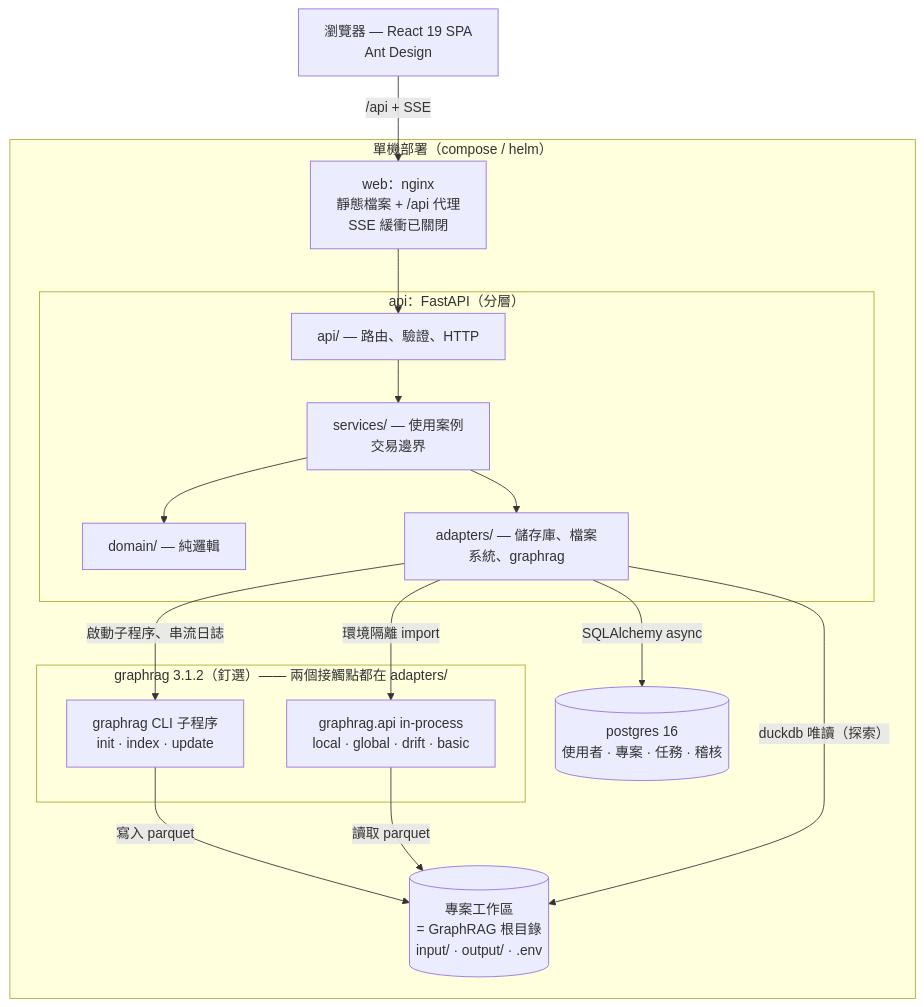
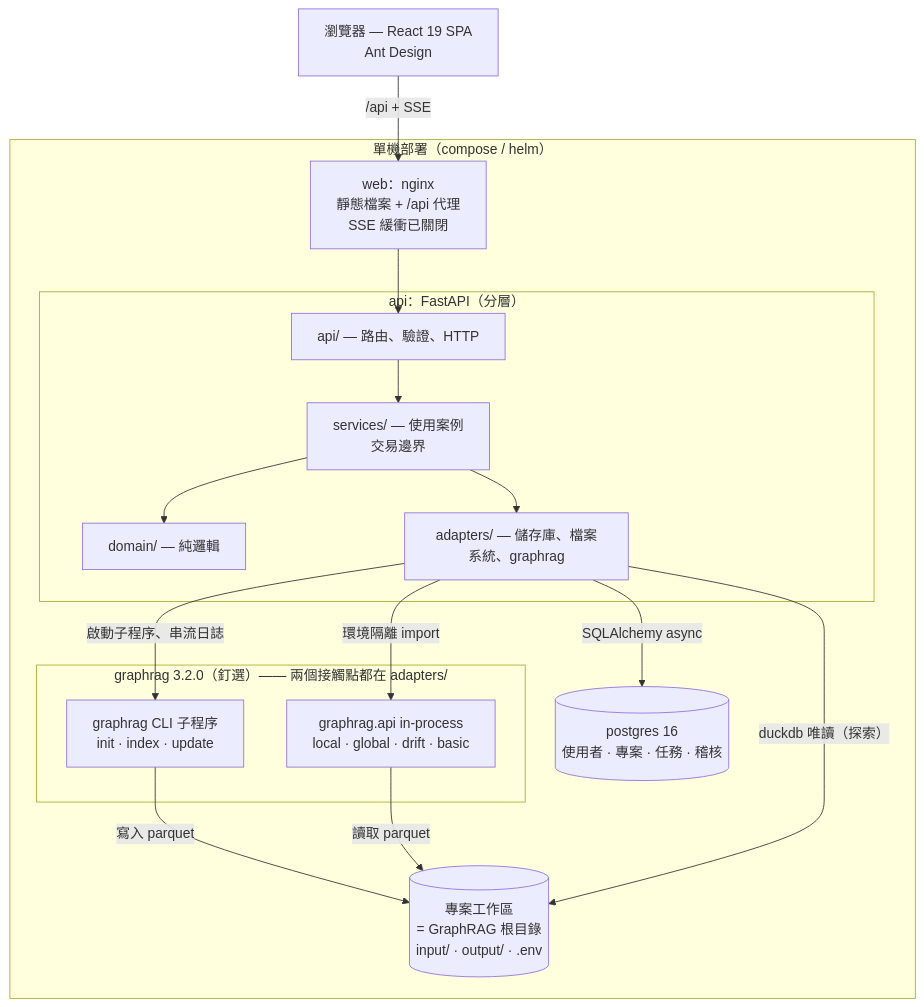
One commit to kehao-playground/graphrag-web-ui changed the first of 3 diagrams in docs/zh-TW/README.md. Above: the diagram before and after it, drawn with Mermaid. The commit also changed other lines of this file and 7 other files, not shown here.

First line of the commit message:
build(deps): bump graphrag to 3.2.0

````diff
--- a/docs/zh-TW/README.md
+++ b/docs/zh-TW/README.md
@@ -44,25 +44,25 @@
 ```mermaid
 graph TB
     B["瀏覽器 — React 19 SPA<br/>Ant Design"] -->|"/api + SSE"| N
     subgraph stack["單機部署（compose / helm）"]
         N["web：nginx<br/>靜態檔案 + /api 代理<br/>SSE 緩衝已關閉"]
         subgraph API["api：FastAPI（分層）"]
             L1["api/ — 路由、驗證、HTTP"] --> L2["services/ — 使用案例<br/>交易邊界"]
             L2 --> L3["domain/ — 純邏輯"]
             L2 --> L4["adapters/ — 儲存庫、檔案系統、graphrag"]
         end
         PG[("postgres 16<br/>使用者 · 專案 · 任務 · 稽核")]
-        subgraph GR["graphrag 3.1.2（釘選）—— 兩個接觸點都在 adapters/"]
+        subgraph GR["graphrag 3.2.0（釘選）—— 兩個接觸點都在 adapters/"]
             CLI["graphrag CLI 子程序<br/>init · index · update"]
             LIB["graphrag.api in-process<br/>local · global · drift · basic"]
         end
         WS[("專案工作區<br/>= GraphRAG 根目錄<br/>input/ · output/ · .env")]
     end
     N --> L1
     L4 -->|"SQLAlchemy async"| PG
     L4 -->|"啟動子程序、串流日誌"| CLI
     L4 -->|"環境隔離 import"| LIB
     CLI -->|"寫入 parquet"| WS
     LIB -->|"讀取 parquet"| WS
     L4 -->|"duckdb 唯讀（探索）"| WS
 ```
````
